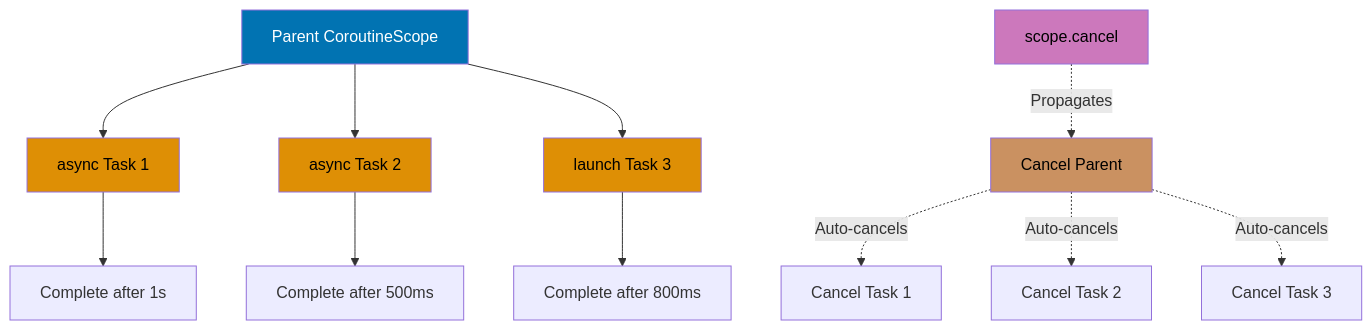
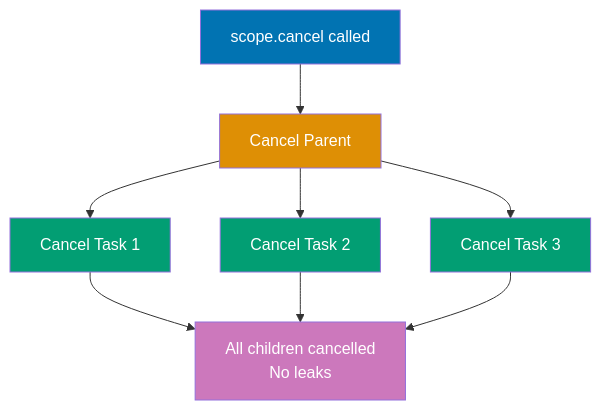
Before and after one commit to wahidyankf/open-sharia-enterprise: the third of 16 diagrams in apps/ayokoding-web/content/en/learn/software-engineering/programming-languages/kotlin/tutorials/by-example/intermediate.md, drawn with Mermaid. The commit also changed other lines of this file and 86 other files, not shown here.

First line of the commit message:
feat(diagrams): implement TD default layout and diagram splitting for mobile

````diff
--- a/apps/ayokoding-web/content/en/learn/software-engineering/programming-languages/kotlin/tutorials/by-example/intermediate.md
+++ b/apps/ayokoding-web/content/en/learn/software-engineering/programming-languages/kotlin/tutorials/by-example/intermediate.md
@@ -119,23 +142,20 @@
 ```mermaid
-%% Structured concurrency hierarchy and cancellation propagation
+%% Color Palette: Blue #0173B2, Orange #DE8F05, Teal #029E73, Purple #CC78BC, Brown #CA9161
 graph TD
-    Parent[Parent CoroutineScope] --> Child1[async Task 1]
-    Parent --> Child2[async Task 2]
-    Parent --> Child3[launch Task 3]
+    Cancel[scope.cancel called]
+    Cancel --> Parent[Cancel Parent]
+    Parent --> Child1[Cancel Task 1]
+    Parent --> Child2[Cancel Task 2]
+    Parent --> Child3[Cancel Task 3]
 
-    Child1 --> Complete1[Complete after 1s]
-    Child2 --> Complete2[Complete after 500ms]
-    Child3 --> Complete3[Complete after 800ms]
+    Child1 --> Result[All children cancelled<br/>No leaks]
+    Child2 --> Result
+    Child3 --> Result
 
-    Cancel[scope.cancel] -.->|Propagates| CancelParent[Cancel Parent]
-    CancelParent -.->|Auto-cancels| CancelChild1[Cancel Task 1]
-    CancelParent -.->|Auto-cancels| CancelChild2[Cancel Task 2]
-    CancelParent -.->|Auto-cancels| CancelChild3[Cancel Task 3]
-
-    style Parent fill:#0173B2,color:#fff
-    style Child1 fill:#DE8F05,color:#000
-    style Child2 fill:#DE8F05,color:#000
-    style Child3 fill:#DE8F05,color:#000
-    style Cancel fill:#CC78BC,color:#000
-    style CancelParent fill:#CA9161,color:#000
+    style Cancel fill:#0173B2,color:#fff
+    style Parent fill:#DE8F05,color:#fff
+    style Child1 fill:#029E73,color:#fff
+    style Child2 fill:#029E73,color:#fff
+    style Child3 fill:#029E73,color:#fff
+    style Result fill:#CC78BC,color:#fff
 ```
````
